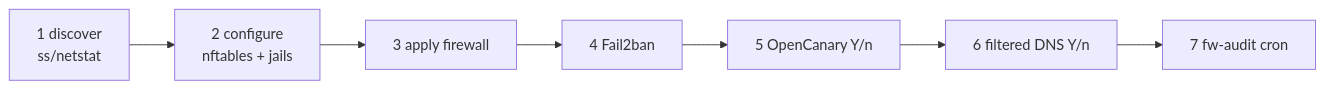
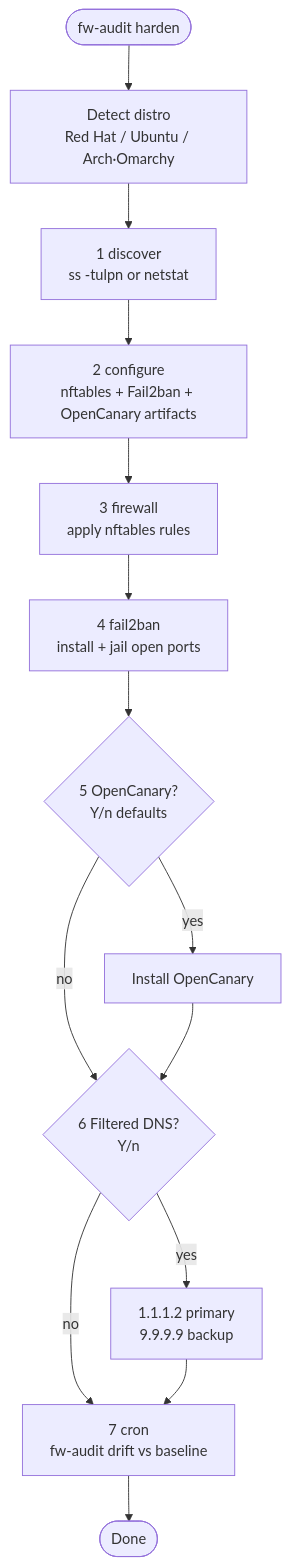
The third of 5 diagrams in README.md (mowgli42/shield-map), drawn with Mermaid before and after one commit. The commit also changed other lines of this file, not shown here.

First line of the commit message:
Docs: expand harden stage flow in README.

````diff
--- a/README.md
+++ b/README.md
@@ -95,9 +97,16 @@
 ```mermaid
-flowchart LR
-  D[1 discover\nss/netstat] --> C[2 configure\nnftables + jails]
-  C --> F[3 apply firewall]
-  F --> J[4 Fail2ban]
-  J --> O[5 OpenCanary Y/n]
-  O --> DNS[6 filtered DNS Y/n]
-  DNS --> CRON[7 fw-audit cron]
+flowchart TB
+  START([fw-audit harden]) --> DETECT[Detect distro\nRed Hat / Ubuntu / Arch·Omarchy]
+  DETECT --> D[1 discover\nss -tulpn or netstat]
+  D --> C[2 configure\nnftables + Fail2ban + OpenCanary artifacts]
+  C --> F[3 firewall\napply nftables rules]
+  F --> J[4 fail2ban\ninstall + jail open ports]
+  J --> O{5 OpenCanary?\nY/n defaults}
+  O -->|yes| OC[Install OpenCanary]
+  O -->|no| DNSQ
+  OC --> DNSQ{6 Filtered DNS?\nY/n}
+  DNSQ -->|yes| DNS[1.1.1.2 primary\n9.9.9.9 backup]
+  DNSQ -->|no| CRON
+  DNS --> CRON[7 cron\nfw-audit drift vs baseline]
+  CRON --> DONE([Done])
 ```
````
